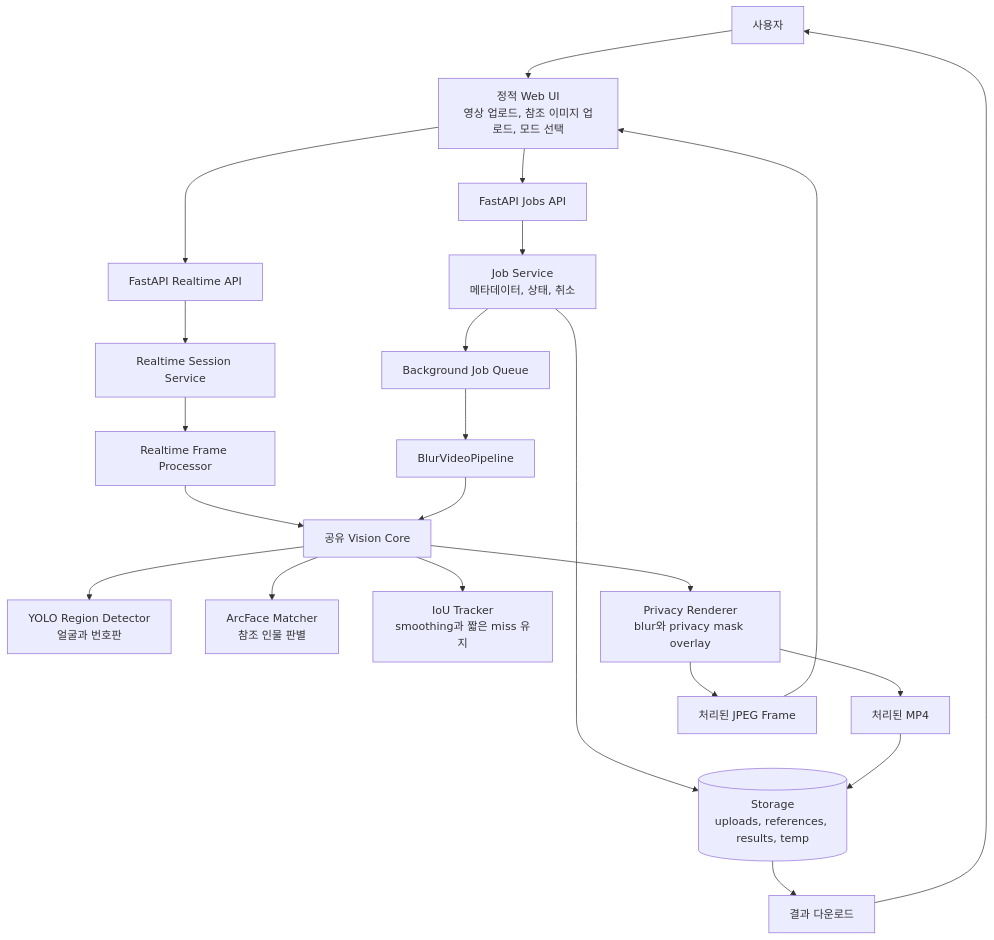
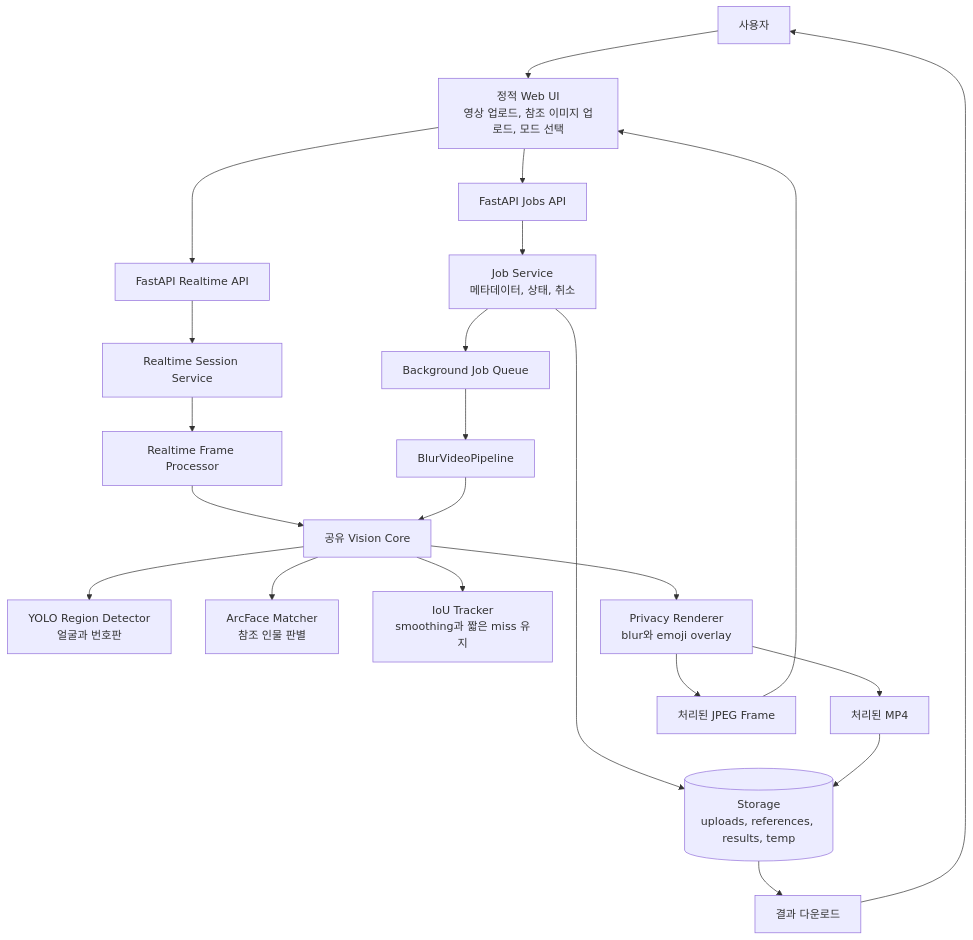
The diagram in README.ko.md (iamdbstjd/Deepdetect), drawn with Mermaid before and after one commit. The commit also changed other lines of this file and 16 other files, not shown here.

````diff
--- a/README.ko.md
+++ b/README.ko.md
@@ -48,29 +48,29 @@
 ```mermaid
 flowchart TD
     User[사용자] --> WebUI[정적 Web UI<br/>영상 업로드, 참조 이미지 업로드, 모드 선택]
     WebUI --> JobsAPI[FastAPI Jobs API]
     WebUI --> RealtimeAPI[FastAPI Realtime API]
 
     JobsAPI --> JobService[Job Service<br/>메타데이터, 상태, 취소]
     JobService --> Queue[Background Job Queue]
     Queue --> Pipeline[BlurVideoPipeline]
 
     RealtimeAPI --> RealtimeSession[Realtime Session Service]
     RealtimeSession --> FrameProcessor[Realtime Frame Processor]
     FrameProcessor --> VisionCore[공유 Vision Core]
     Pipeline --> VisionCore
 
     VisionCore --> Detector[YOLO Region Detector<br/>얼굴과 번호판]
     VisionCore --> Matcher[ArcFace Matcher<br/>참조 인물 판별]
     VisionCore --> Tracker[IoU Tracker<br/>smoothing과 짧은 miss 유지]
-    VisionCore --> Renderer[Privacy Renderer<br/>blur와 privacy mask overlay]
+    VisionCore --> Renderer[Privacy Renderer<br/>blur와 emoji overlay]
 
     Renderer --> OutputVideo[처리된 MP4]
     Renderer --> OutputFrame[처리된 JPEG Frame]
 
     JobService --> Storage[(Storage<br/>uploads, references, results, temp)]
     OutputVideo --> Storage
     Storage --> Download[결과 다운로드]
     Download --> User
     OutputFrame --> WebUI
 ```
````
